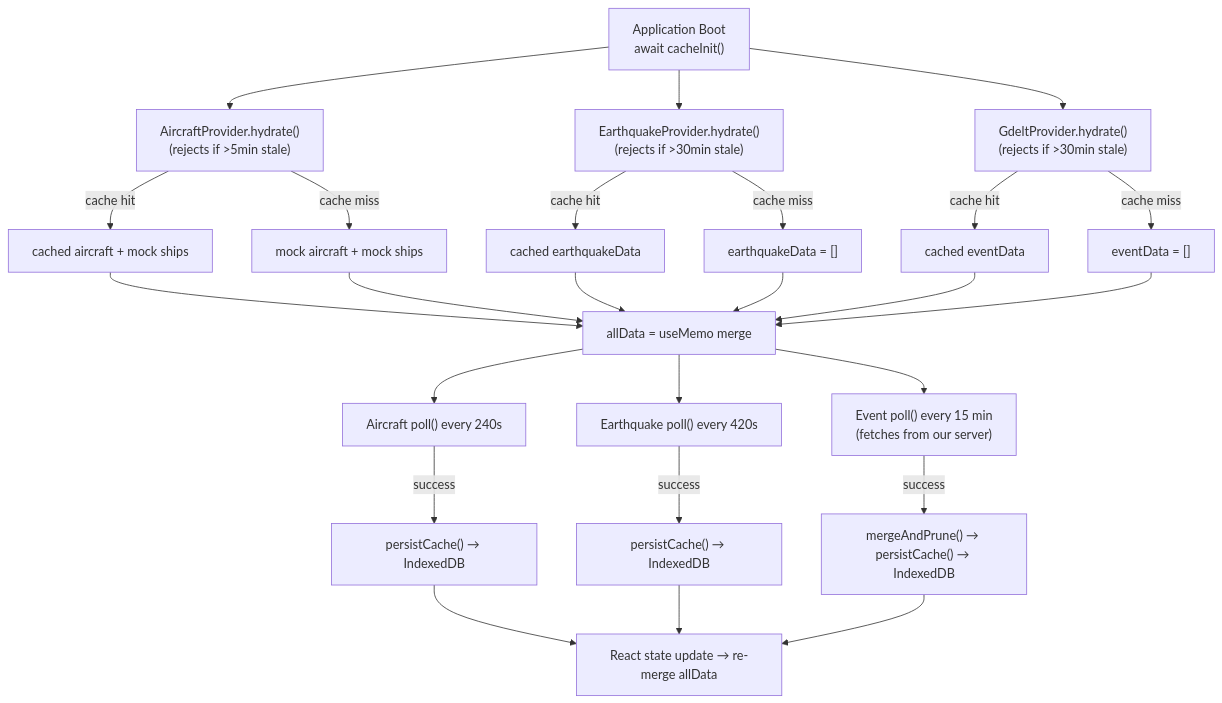
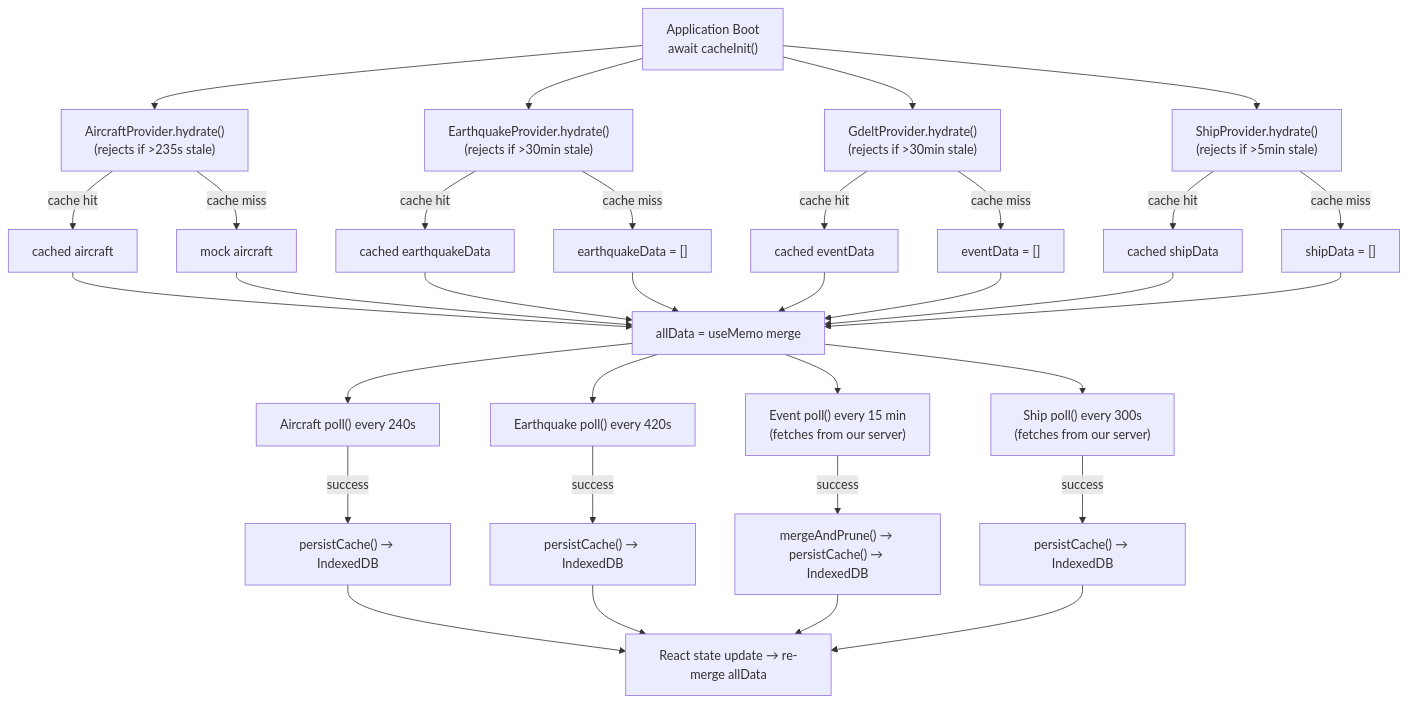
One commit to iiTONELOC/sigint changed the first of 2 diagrams in docs/data-flow.md. Above: the diagram before and after it, drawn with Mermaid. The commit also changed other lines of this file and 28 other files, not shown here.

````diff
--- a/docs/data-flow.md
+++ b/docs/data-flow.md
@@ -49,34 +49,43 @@
 ```mermaid
 flowchart TD
-    Boot["Application Boot<br/>await cacheInit()"] --> HydrateAC["AircraftProvider.hydrate()<br/>(rejects if >5min stale)"]
+    Boot["Application Boot<br/>await cacheInit()"] --> HydrateAC["AircraftProvider.hydrate()<br/>(rejects if >235s stale)"]
     Boot --> HydrateEQ["EarthquakeProvider.hydrate()<br/>(rejects if >30min stale)"]
     Boot --> HydrateEV["GdeltProvider.hydrate()<br/>(rejects if >30min stale)"]
+    Boot --> HydrateSH["ShipProvider.hydrate()<br/>(rejects if >5min stale)"]
 
-    HydrateAC -->|"cache hit"| MergeCache["cached aircraft + mock ships"]
-    HydrateAC -->|"cache miss"| MockFallback["mock aircraft + mock ships"]
+    HydrateAC -->|"cache hit"| CachedAC["cached aircraft"]
+    HydrateAC -->|"cache miss"| MockFallback["mock aircraft"]
 
     HydrateEQ -->|"cache hit"| CachedEQ["cached earthquakeData"]
     HydrateEQ -->|"cache miss"| EmptyEQ["earthquakeData = []"]
 
     HydrateEV -->|"cache hit"| CachedEV["cached eventData"]
     HydrateEV -->|"cache miss"| EmptyEV["eventData = []"]
 
-    MergeCache --> AllData["allData = useMemo merge"]
+    HydrateSH -->|"cache hit"| CachedSH["cached shipData"]
+    HydrateSH -->|"cache miss"| EmptySH["shipData = []"]
+
+    CachedAC --> AllData["allData = useMemo merge"]
     MockFallback --> AllData
     CachedEQ --> AllData
     EmptyEQ --> AllData
     CachedEV --> AllData
     EmptyEV --> AllData
+    CachedSH --> AllData
+    EmptySH --> AllData
 
     AllData --> PollAC["Aircraft poll() every 240s"]
     AllData --> PollEQ["Earthquake poll() every 420s"]
     AllData --> PollEV["Event poll() every 15 min<br/>(fetches from our server)"]
+    AllData --> PollSH["Ship poll() every 300s<br/>(fetches from our server)"]
 
     PollAC -->|"success"| PersistAC["persistCache() → IndexedDB"]
     PollEQ -->|"success"| PersistEQ["persistCache() → IndexedDB"]
     PollEV -->|"success"| PersistEV["mergeAndPrune() → persistCache() → IndexedDB"]
+    PollSH -->|"success"| PersistSH["persistCache() → IndexedDB"]
 
     PersistAC --> SetState["React state update → re-merge allData"]
     PersistEQ --> SetState
     PersistEV --> SetState
+    PersistSH --> SetState
 ```
````
